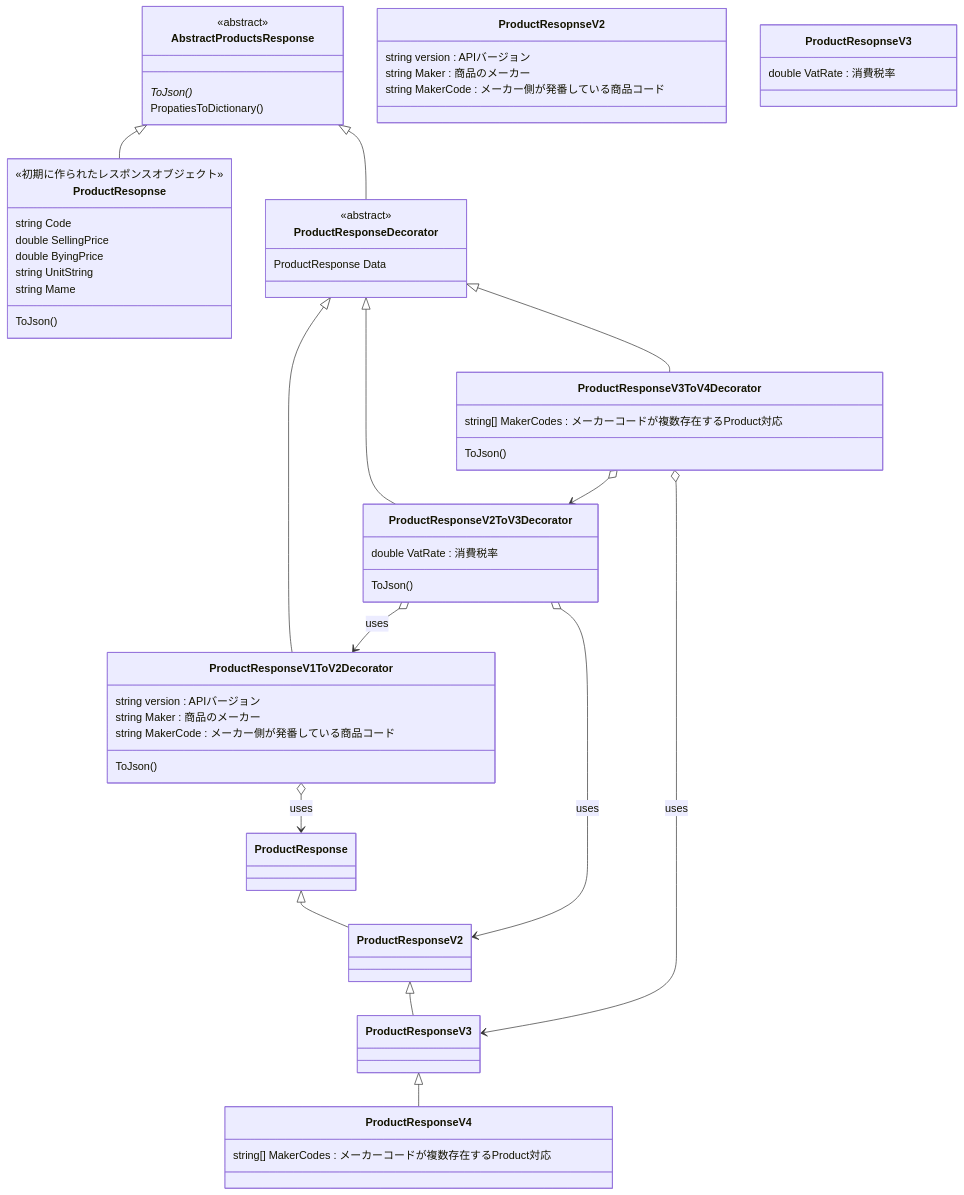
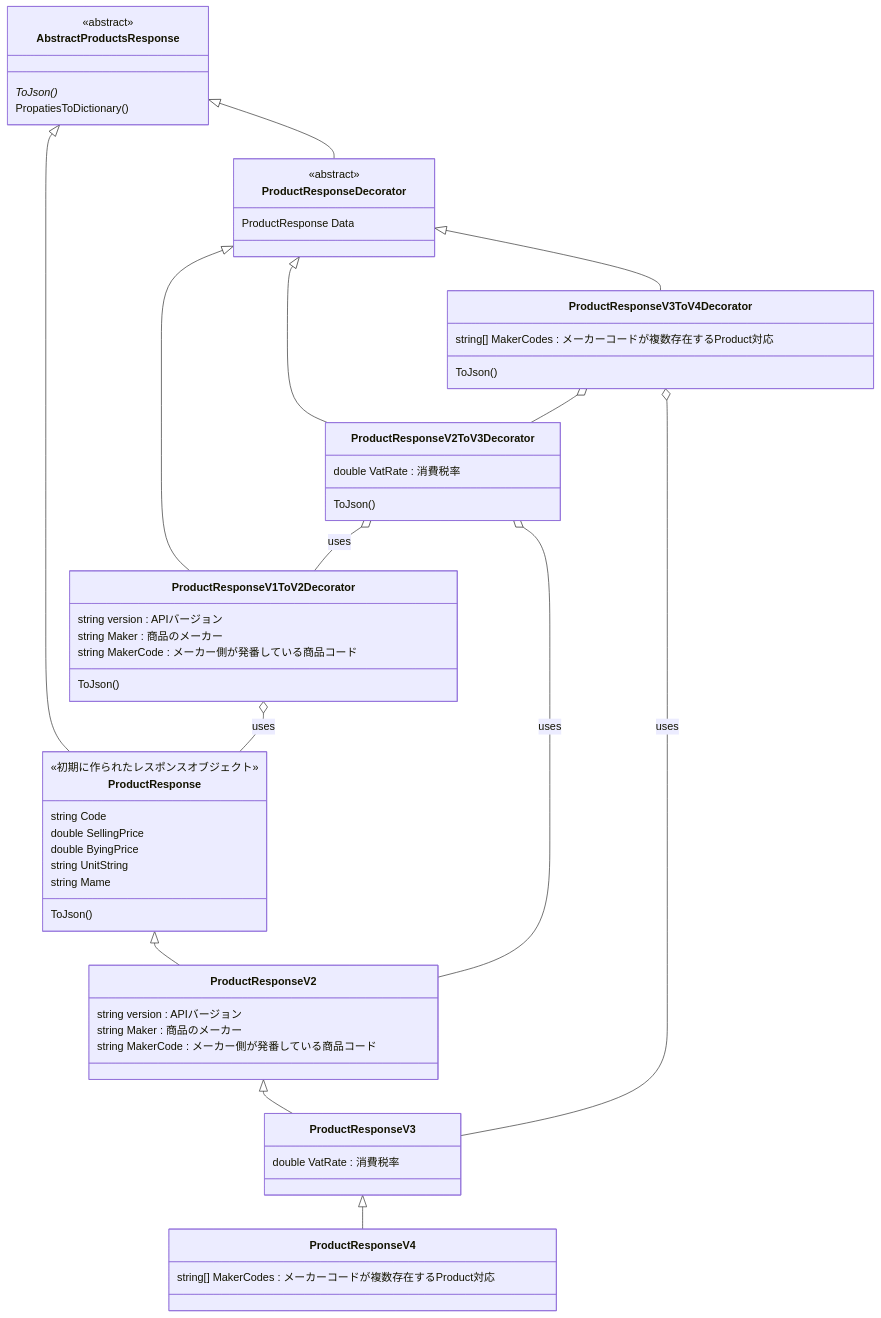
One commit to haruyan-hopemucci/design-pattern-2024 changed the diagram in Decorator/README.md. Above: the diagram before and after it, drawn with Mermaid.

Commit message:
fix: クラス図のtypo修正

````diff
--- a/Decorator/README.md
+++ b/Decorator/README.md
@@ -17,70 +17,70 @@
 ```mermaid
 classDiagram
 
 class AbstractProductsResponse {
   <<abstract>>
   ToJson()*
   PropatiesToDictionary()
 }
 
-class ProductResopnse {
+class ProductResponse {
   <<初期に作られたレスポンスオブジェクト>>
   string Code
   double SellingPrice
   double ByingPrice
   string UnitString
   string Mame
   ToJson()
 }
 
 class ProductResponseDecorator {
   <<abstract>>
   ProductResponse Data
 }
 
-class ProductResopnseV2 {
+class ProductResponseV2 {
   string version : APIバージョン
   string Maker : 商品のメーカー
   string MakerCode : メーカー側が発番している商品コード
 }
 
-class ProductResopnseV3 {
+class ProductResponseV3 {
   double VatRate : 消費税率
 }
 
 class ProductResponseV4 {
   string[] MakerCodes : メーカーコードが複数存在するProduct対応
 }
 
 class ProductResponseV1ToV2Decorator {
   string version : APIバージョン
   string Maker : 商品のメーカー
   string MakerCode : メーカー側が発番している商品コード
   ToJson()
 }
 
 class ProductResponseV2ToV3Decorator {
   double VatRate : 消費税率
   ToJson()
 }
 
 class ProductResponseV3ToV4Decorator {
   string[] MakerCodes : メーカーコードが複数存在するProduct対応
   ToJson()
 }
 
-AbstractProductsResponse <|-- ProductResopnse
+AbstractProductsResponse <|-- ProductResponse
 AbstractProductsResponse <|-- ProductResponseDecorator
 ProductResponseDecorator <|-- ProductResponseV1ToV2Decorator
 ProductResponseDecorator <|-- ProductResponseV2ToV3Decorator
 ProductResponseDecorator <|-- ProductResponseV3ToV4Decorator
 ProductResponse <|-- ProductResponseV2
 ProductResponseV2 <|-- ProductResponseV3
 ProductResponseV3 <|-- ProductResponseV4
-ProductResponseV1ToV2Decorator o--> ProductResponse : uses
-ProductResponseV2ToV3Decorator o--> ProductResponseV2 : uses
-ProductResponseV2ToV3Decorator o--> ProductResponseV1ToV2Decorator : uses
-ProductResponseV3ToV4Decorator o--> ProductResponseV3 : uses
-ProductResponseV3ToV4Decorator o--> ProductResponseV2ToV3Decorator : 
+ProductResponseV1ToV2Decorator o-- ProductResponse : uses
+ProductResponseV2ToV3Decorator o-- ProductResponseV2 : uses
+ProductResponseV2ToV3Decorator o-- ProductResponseV1ToV2Decorator : uses
+ProductResponseV3ToV4Decorator o-- ProductResponseV3 : uses
+ProductResponseV3ToV4Decorator o-- ProductResponseV2ToV3Decorator : 
 
 ```
````
